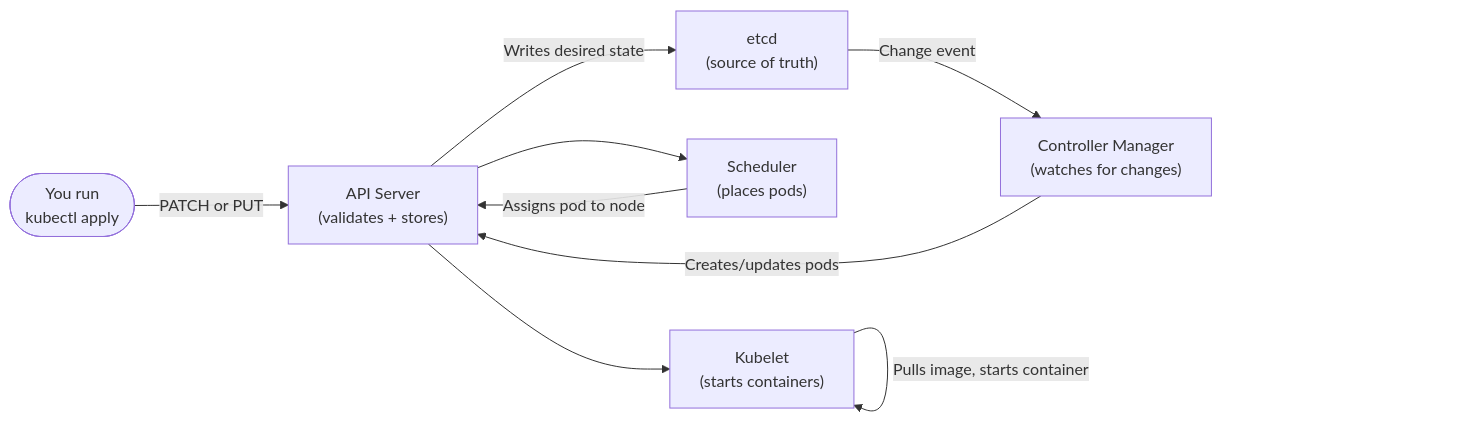
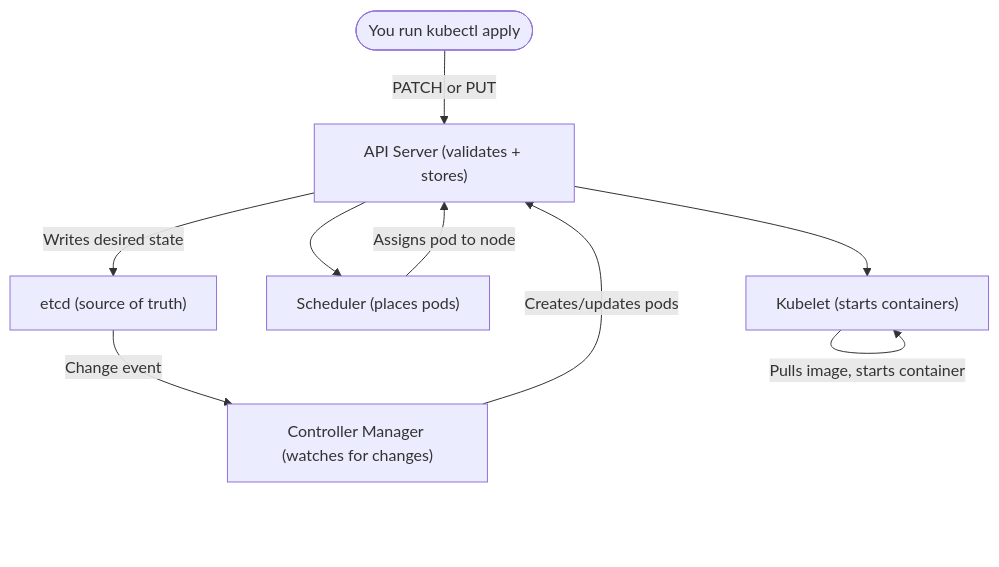
Before and after one commit to Antoine-Flo/kube-mastery: the diagram in src/courses/modules/kubectl-essentials/04-creating-and-editing-resources/en/content.md, drawn with Mermaid. The commit also changed other lines of this file and 4 other files, not shown here.

````diff
--- a/src/courses/modules/kubectl-essentials/04-creating-and-editing-resources/en/content.md
+++ b/src/courses/modules/kubectl-essentials/04-creating-and-editing-resources/en/content.md
@@ -108,18 +104,18 @@
 ```mermaid
-flowchart LR
-    Dev([You run\nkubectl apply])
-    API["API Server\n(validates + stores)"]
-    etcd["etcd\n(source of truth)"]
-    Controller["Controller Manager\n(watches for changes)"]
-    Scheduler["Scheduler\n(places pods)"]
-    Kubelet["Kubelet\n(starts containers)"]
+flowchart TB
+    Dev([You run kubectl apply])
+    API["API Server (validates + stores)"]
+    etcd["etcd (source of truth)"]
+    Controller["Controller Manager (watches for changes)"]
+    Scheduler["Scheduler (places pods)"]
+    Kubelet["Kubelet (starts containers)"]
 
     Dev -->|"PATCH or PUT"| API
     API -->|"Writes desired state"| etcd
     etcd -->|"Change event"| Controller
     Controller -->|"Creates/updates pods"| API
     API --> Scheduler
     Scheduler -->|"Assigns pod to node"| API
     API --> Kubelet
     Kubelet -->|"Pulls image, starts container"| Kubelet
 ```
````
